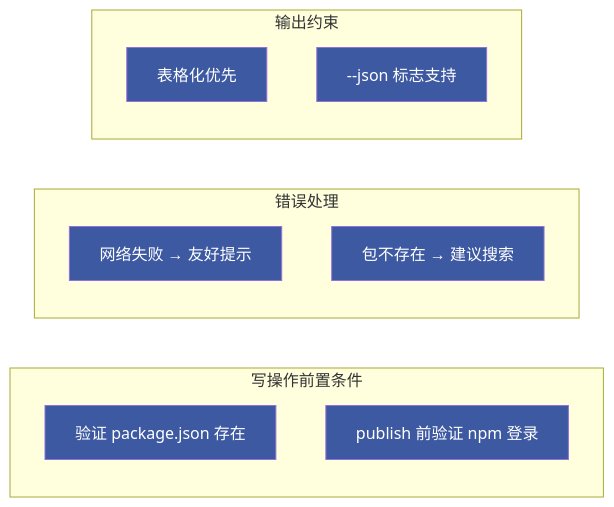
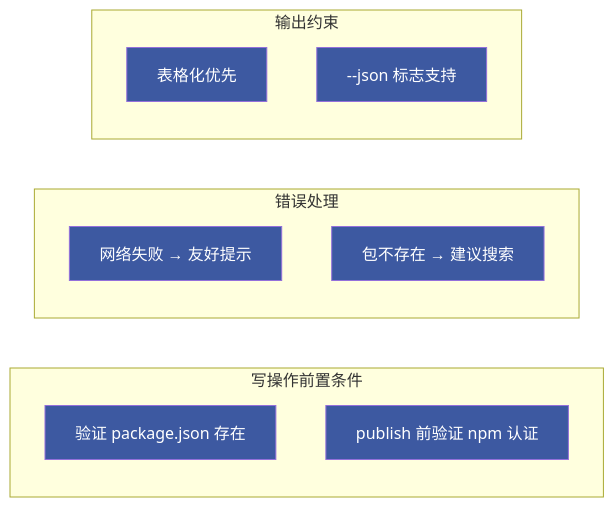
One commit to effiy/YrY changed the second of 3 diagrams in skills/rui-npm/SKILL.md. Above: the diagram before and after it, drawn with Mermaid. The commit also changed other lines of this file and 2 other files, not shown here.

First line of the commit message:
feat(rui-npm): add Access Token authentication via login subcommand

````diff
--- a/skills/rui-npm/SKILL.md
+++ b/skills/rui-npm/SKILL.md
@@ -303,20 +344,20 @@
 ```mermaid
 flowchart LR
     subgraph 写前检查["写操作前置条件"]
         direction TB
         R1["验证 package.json 存在"]:::rule
-        R2["publish 前验证 npm 登录"]:::rule
+        R2["publish 前验证 npm 认证"]:::rule
     end
     subgraph 错误处理["错误处理"]
         direction TB
         R3["网络失败 → 友好提示"]:::rule
         R4["包不存在 → 建议搜索"]:::rule
     end
     subgraph 输出["输出约束"]
         direction TB
         R5["表格化优先"]:::rule
         R6["--json 标志支持"]:::rule
     end
 
     classDef rule fill:#3d59a1,color:#fff
 ```
````
